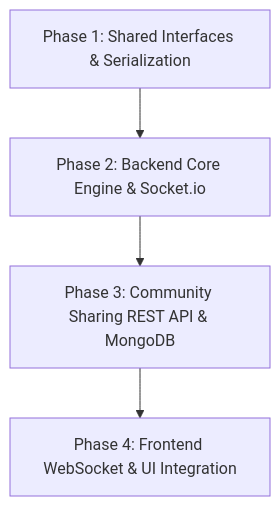
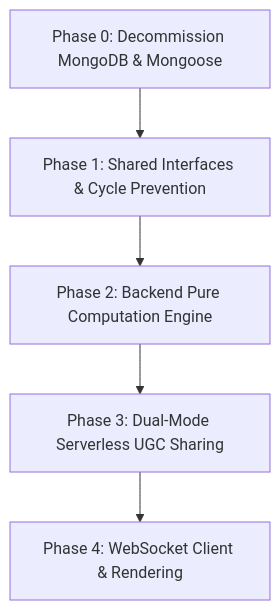
The diagram in reference/implementation_plan_0526.md (shengyucs/114-2_WebAPP_Team10), drawn with Mermaid before and after one commit. The commit also changed other lines of this file and 2 other files, not shown here.

Commit message:
docs: add implementation plan and software requirements for stateless decentralized architecture

````diff
--- a/reference/implementation_plan_0526.md
+++ b/reference/implementation_plan_0526.md
@@ -35,6 +37,7 @@
 ```mermaid
 graph TD
-    A[Phase 1: Shared Interfaces & Serialization] --> B[Phase 2: Backend Core Engine & Socket.io]
-    B --> C[Phase 3: Community Sharing REST API & MongoDB]
-    C --> D[Phase 4: Frontend WebSocket & UI Integration]
+    A[Phase 0: Decommission MongoDB & Mongoose] --> B[Phase 1: Shared Interfaces & Cycle Prevention]
+    B --> C[Phase 2: Backend Pure Computation Engine]
+    C --> D[Phase 3: Dual-Mode Serverless UGC Sharing]
+    D --> E[Phase 4: WebSocket Client & Rendering]
 ```
````
